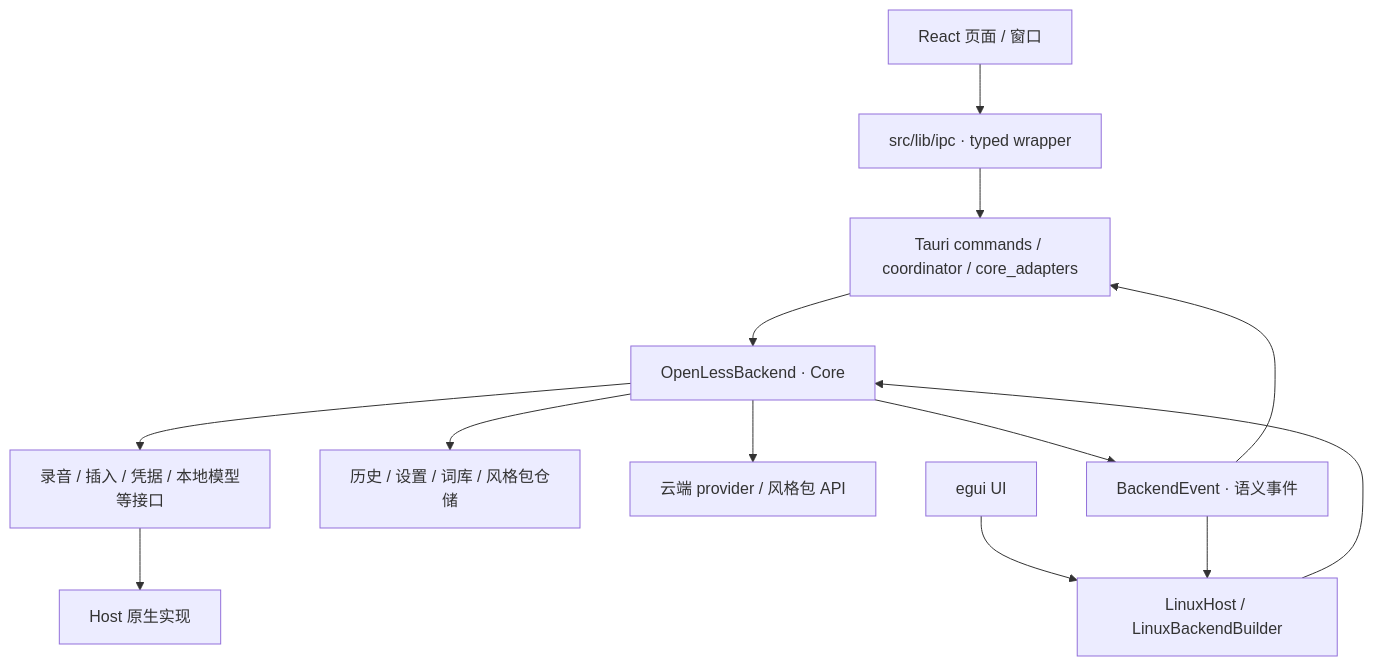
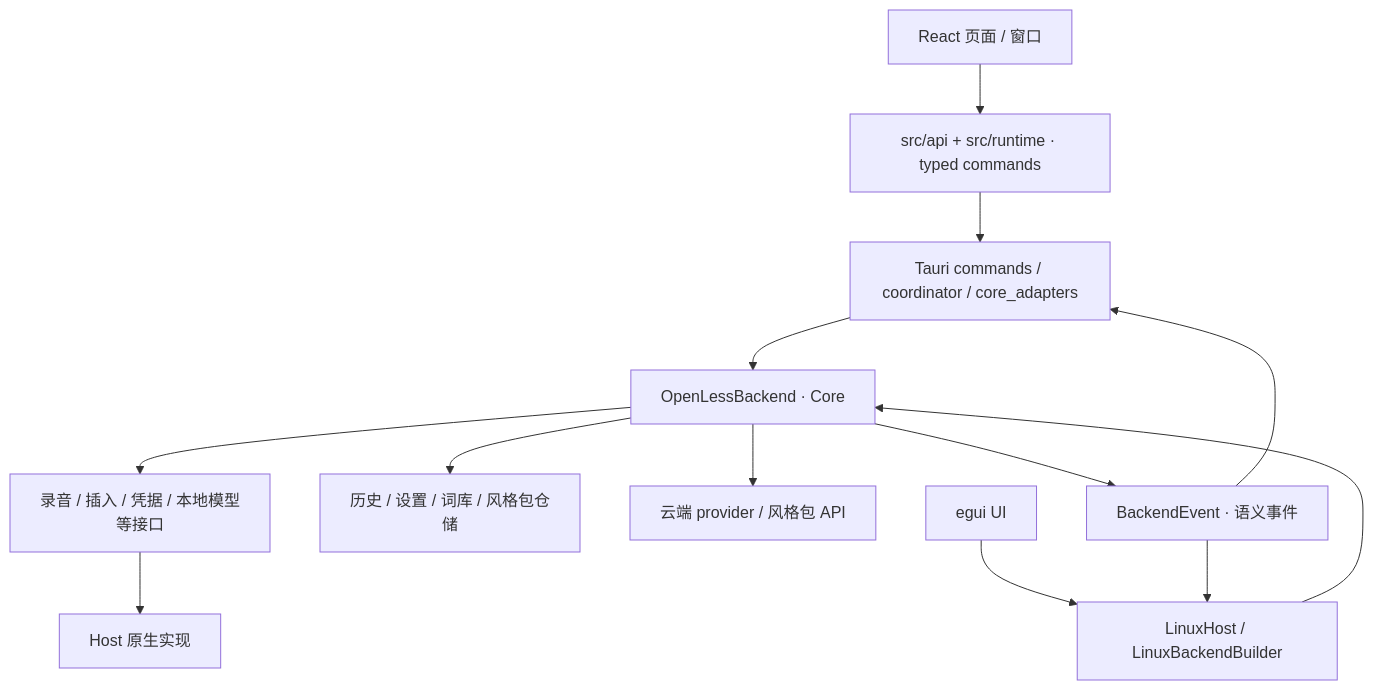
One commit to Open-Less/openless changed the diagram in docs/architecture.md. Above: the diagram before and after it, drawn with Mermaid. The commit also changed other lines of this file and 15 other files, not shown here.

````diff
--- a/docs/architecture.md
+++ b/docs/architecture.md
@@ -21,15 +21,15 @@
 ```mermaid
 flowchart TB
-    React["React 页面 / 窗口"] --> IPC["src/lib/ipc · typed wrapper"]
+    React["React 页面 / 窗口"] --> IPC["src/api + src/runtime · typed commands"]
     IPC --> Tauri["Tauri commands / coordinator / core_adapters"]
     Egui["egui UI"] --> Linux["LinuxHost / LinuxBackendBuilder"]
     Tauri --> Core["OpenLessBackend · Core"]
     Linux --> Core
     Core --> Stores["历史 / 设置 / 词库 / 风格包仓储"]
     Core --> Network["云端 provider / 风格包 API"]
     Core --> Ports["录音 / 插入 / 凭据 / 本地模型等接口"]
     Ports --> Native["Host 原生实现"]
     Core --> Events["BackendEvent · 语义事件"]
     Events --> Tauri
     Events --> Linux
 ```
````
